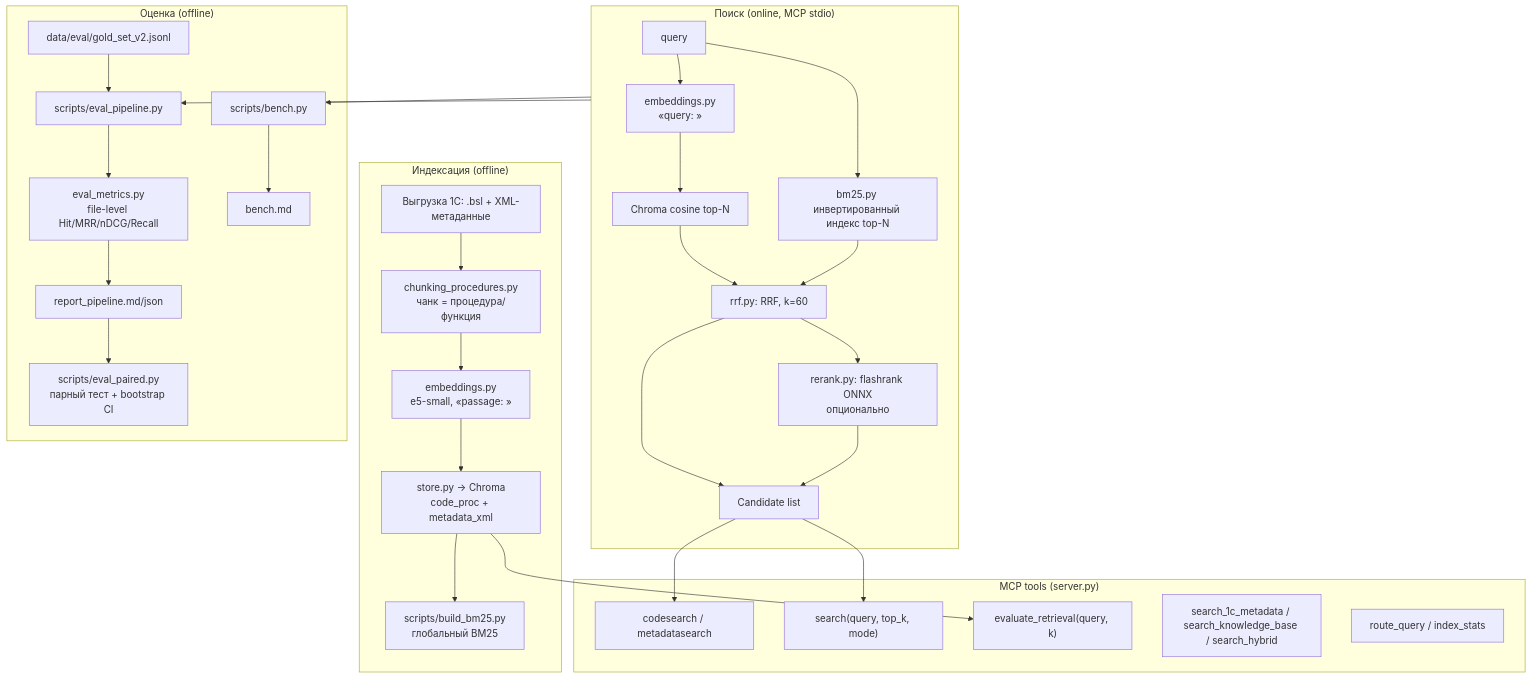
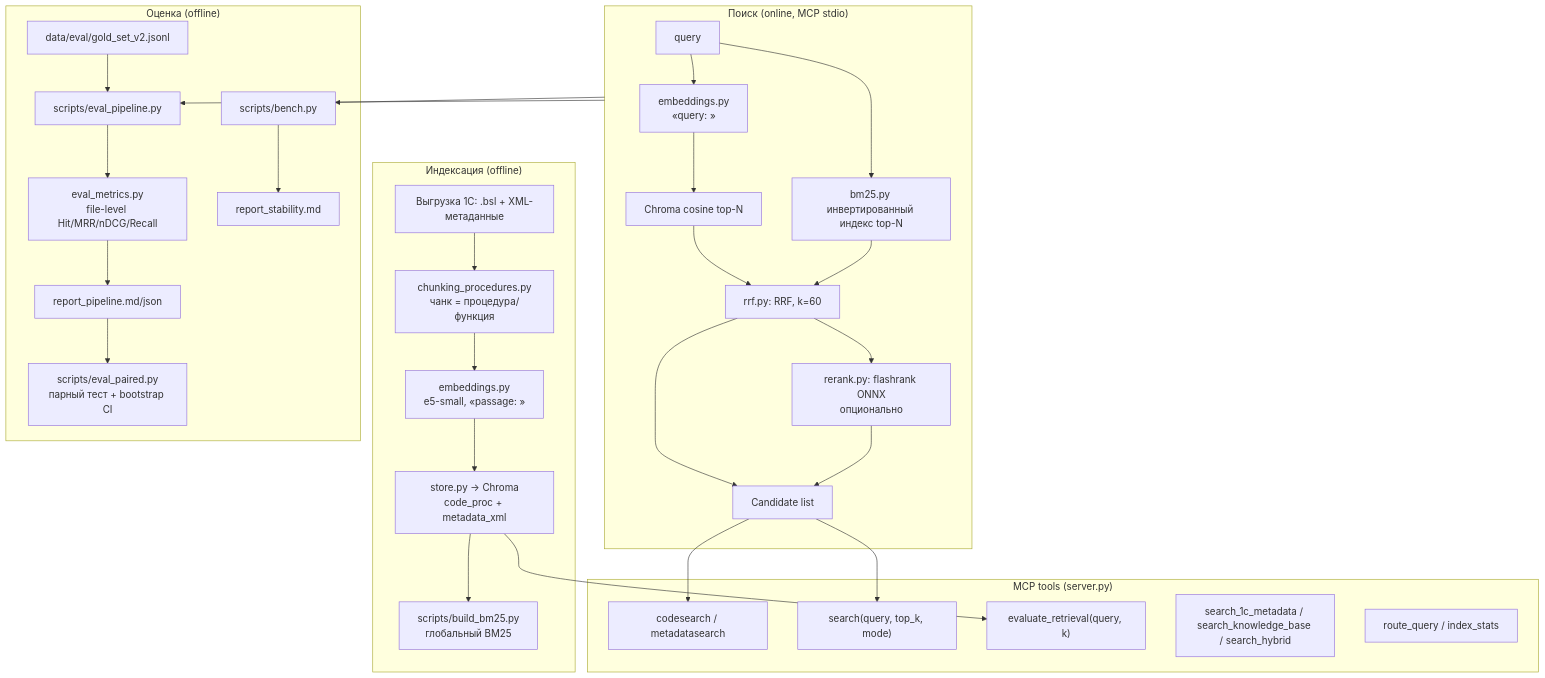
The diagram in docs/ARCHITECTURE.md (Smaturus/1c-mcp-rag-search), drawn with Mermaid before and after one commit. The commit also changed other lines of this file and 27 other files, not shown here.

````diff
--- a/docs/ARCHITECTURE.md
+++ b/docs/ARCHITECTURE.md
@@ -26,42 +26,42 @@
 ```mermaid
 flowchart TB
     subgraph Indexing["Индексация (offline)"]
         SRC[Выгрузка 1С: .bsl + XML-метаданные] --> CH[chunking_procedures.py<br/>чанк = процедура/функция]
         CH --> EMB[embeddings.py<br/>e5-small, «passage: »]
         EMB --> ST[store.py → Chroma<br/>code_proc + metadata_xml]
         ST --> BM[scripts/build_bm25.py<br/>глобальный BM25]
     end
 
     subgraph Serving["Поиск (online, MCP stdio)"]
         Q[query] --> EQ[embeddings.py<br/>«query: »]
         EQ --> VS[Chroma cosine top-N]
         Q --> BS[bm25.py инвертированный индекс top-N]
         VS --> RRF[rrf.py: RRF, k=60]
         BS --> RRF
         RRF --> RR[rerank.py: flashrank ONNX<br/>опционально]
         RRF --> OUT[Candidate list]
         RR --> OUT
     end
 
     subgraph MCP["MCP tools (server.py)"]
         T1[codesearch / metadatasearch]
         T2["search(query, top_k, mode)"]
         T3["evaluate_retrieval(query, k)"]
         T4["search_1c_metadata / search_knowledge_base / search_hybrid"]
         T5["route_query / index_stats"]
     end
 
     subgraph Eval["Оценка (offline)"]
         G[data/eval/gold_set_v2.jsonl] --> EP[scripts/eval_pipeline.py]
         EP --> M[eval_metrics.py<br/>file-level Hit/MRR/nDCG/Recall]
         M --> REP[report_pipeline.md/json]
         REP --> PAIRED[scripts/eval_paired.py<br/>парный тест + bootstrap CI]
-        BEN[scripts/bench.py] --> BL[bench.md]
+        BEN[scripts/bench.py] --> BL[report_stability.md]
     end
 
     OUT --> T1
     OUT --> T2
     ST --> T3
     Serving --> EP
     Serving --> BEN
 ```
````
